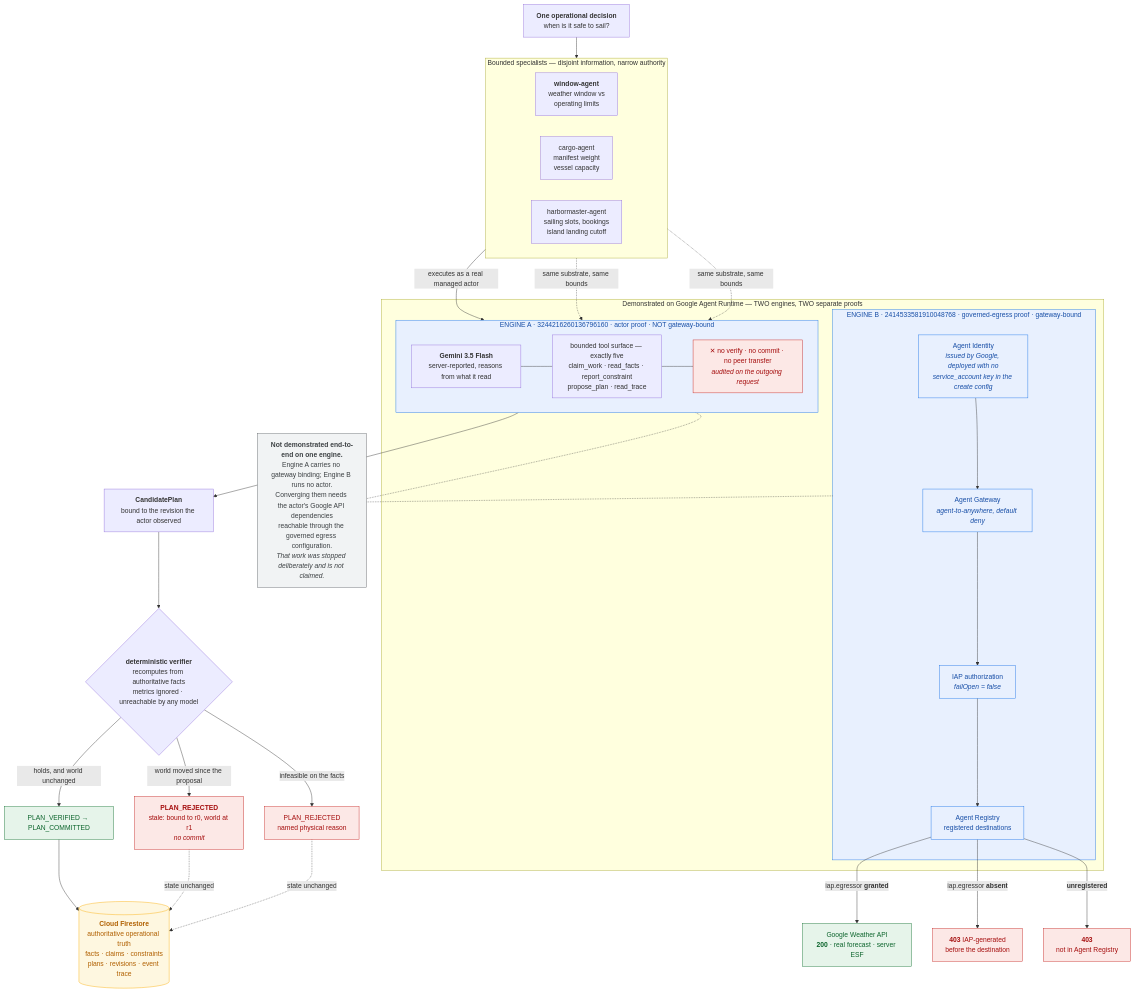
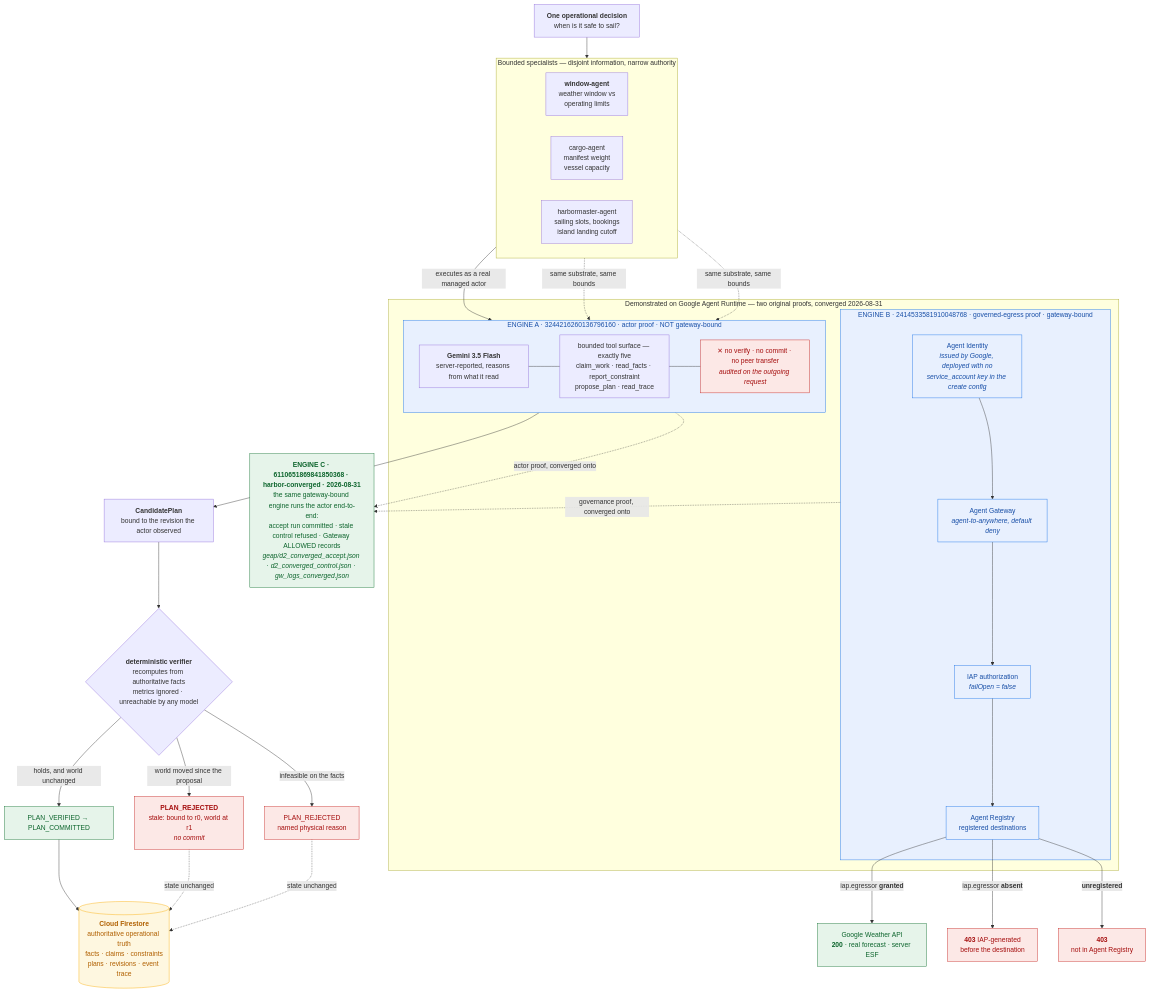
One commit to 4j2txbjjdd-cmd/harbor-storm changed the first of 4 diagrams in docs/ARCHITECTURE.md. Above: the diagram before and after it, drawn with Mermaid. The commit also changed other lines of this file and 8 other files, not shown here.

First line of the commit message:
Converge the documentation with the architecture it describes

````diff
--- a/docs/ARCHITECTURE.md
+++ b/docs/ARCHITECTURE.md
@@ -38,67 +44,67 @@
 ```mermaid
 flowchart TD
     OPS["<b>One operational decision</b><br/>when is it safe to sail?"]
 
     subgraph BOUNDED["Bounded specialists — disjoint information, narrow authority"]
         direction LR
         WA["<b>window-agent</b><br/>weather window vs<br/>operating limits"]
         CA["cargo-agent<br/>manifest weight<br/>vessel capacity"]
         HA["harbormaster-agent<br/>sailing slots, bookings<br/>island landing cutoff"]
     end
 
     OPS --> BOUNDED
 
-    subgraph GEAP["Demonstrated on Google Agent Runtime — TWO engines, TWO separate proofs"]
+    subgraph GEAP["Demonstrated on Google Agent Runtime — two original proofs, converged 2026-08-31"]
 
         subgraph EA["ENGINE A · 3244216260136796160 · actor proof · NOT gateway-bound"]
             GEM["<b>Gemini 3.5 Flash</b><br/>server-reported, reasons from what it read"]
             TOOLS["bounded tool surface — exactly five<br/>claim_work · read_facts · report_constraint<br/>propose_plan · read_trace"]
             NOAUTH["✕ no verify · no commit · no peer transfer<br/><i>audited on the outgoing request</i>"]
             GEM --- TOOLS
             TOOLS --- NOAUTH
         end
 
         subgraph EB["ENGINE B · 2414533581910048768 · governed-egress proof · gateway-bound"]
             ID["Agent Identity<br/><i>issued by Google, deployed with no<br/>service_account key in the create config</i>"]
             GW["Agent Gateway<br/><i>agent-to-anywhere, default deny</i>"]
             IAP["IAP authorization<br/><i>failOpen = false</i>"]
             REG["Agent Registry<br/>registered destinations"]
             ID --> GW --> IAP --> REG
         end
     end
 
     WA -->|"executes as a real managed actor"| EA
     CA -.->|"same substrate, same bounds"| EA
     HA -.->|"same substrate, same bounds"| EA
 
     REG -->|"iap.egressor <b>granted</b>"| WX["Google Weather API<br/><b>200</b> · real forecast · server ESF"]
     REG -->|"iap.egressor <b>absent</b>"| DENY1["<b>403</b> IAP-generated<br/>before the destination"]
     REG -->|"<b>unregistered</b>"| DENY2["<b>403</b><br/>not in Agent Registry"]
 
-    GAP["<b>Not demonstrated end-to-end on one engine.</b><br/>Engine A carries no gateway binding; Engine B runs no actor.<br/>Converging them needs the actor's Google API dependencies<br/>reachable through the governed egress configuration.<br/><i>That work was stopped deliberately and is not claimed.</i>"]
-    EA -.- GAP
-    EB -.- GAP
+    CONV["<b>ENGINE C · 6110651869841850368 · harbor-converged · 2026-08-31</b><br/>the same gateway-bound engine runs the actor end-to-end:<br/>accept run committed · stale control refused · Gateway ALLOWED records<br/><i>geap/d2_converged_accept.json · d2_converged_control.json · gw_logs_converged.json</i>"]
+    EA -.->|"actor proof, converged onto"| CONV
+    EB -.->|"governance proof, converged onto"| CONV
 
     EA --> PLAN["<b>CandidatePlan</b><br/>bound to the revision the actor observed"]
 
     PLAN --> VER{"<b>deterministic verifier</b><br/>recomputes from authoritative facts<br/>metrics ignored · unreachable by any model"}
 
     VER -->|"holds, and world unchanged"| COMMIT["PLAN_VERIFIED → PLAN_COMMITTED"]
     VER -->|"world moved since the proposal"| STALE["<b>PLAN_REJECTED</b><br/>stale: bound to r0, world at r1<br/><i>no commit</i>"]
     VER -->|"infeasible on the facts"| REJ["PLAN_REJECTED<br/>named physical reason"]
 
     COMMIT --> FS[("<b>Cloud Firestore</b><br/>authoritative operational truth<br/>facts · claims · constraints<br/>plans · revisions · event trace")]
     STALE -.->|"state unchanged"| FS
     REJ -.->|"state unchanged"| FS
 
     classDef google fill:#e8f0fe,stroke:#1a73e8,color:#174ea6
     classDef deny fill:#fce8e6,stroke:#c5221f,color:#a50e0e
     classDef allow fill:#e6f4ea,stroke:#137333,color:#0d652d
     classDef truth fill:#fef7e0,stroke:#f9ab00,color:#b06000
     classDef gap fill:#f1f3f4,stroke:#5f6368,color:#3c4043
     class EA,EB,GW,IAP,REG,ID google
     class DENY1,DENY2,STALE,REJ,NOAUTH deny
     class WX,COMMIT allow
     class FS truth
-    class GAP gap
+    class CONV allow
 ```
````
